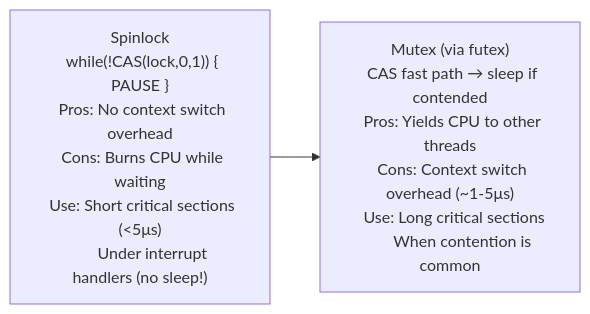
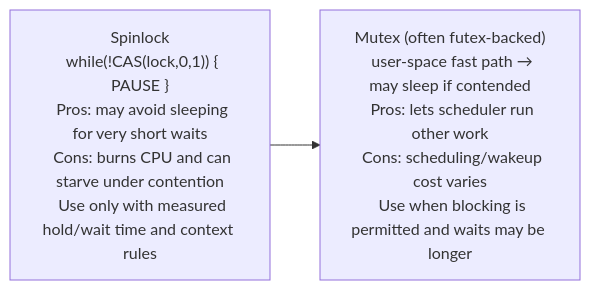
The fifth of 18 diagrams in content/docs/books/cs-reference/ko/systems-programming-internals.md (choisimo/document), drawn with Mermaid before and after one commit. The commit also changed other lines of this file and 504 other files, not shown here.

````diff
--- a/content/docs/books/cs-reference/ko/systems-programming-internals.md
+++ b/content/docs/books/cs-reference/ko/systems-programming-internals.md
@@ -111,6 +119,6 @@
 ```mermaid
 flowchart LR
-    SPIN["Spinlock\n  while(!CAS(lock,0,1)) { PAUSE }\n  Pros: No context switch overhead\n  Cons: Burns CPU while waiting\n  Use: Short critical sections (<5μs)\n       Under interrupt handlers (no sleep!)"]
-    MUTEX["Mutex (via futex)\n  CAS fast path → sleep if contended\n  Pros: Yields CPU to other threads\n  Cons: Context switch overhead (~1-5μs)\n  Use: Long critical sections\n       When contention is common"]
+    SPIN["Spinlock\n  while(!CAS(lock,0,1)) { PAUSE }\n  Pros: may avoid sleeping for very short waits\n  Cons: burns CPU and can starve under contention\n  Use only with measured hold/wait time and context rules"]
+    MUTEX["Mutex (often futex-backed)\n  user-space fast path → may sleep if contended\n  Pros: lets scheduler run other work\n  Cons: scheduling/wakeup cost varies\n  Use when blocking is permitted and waits may be longer"]
     SPIN --> MUTEX
 ```
````
